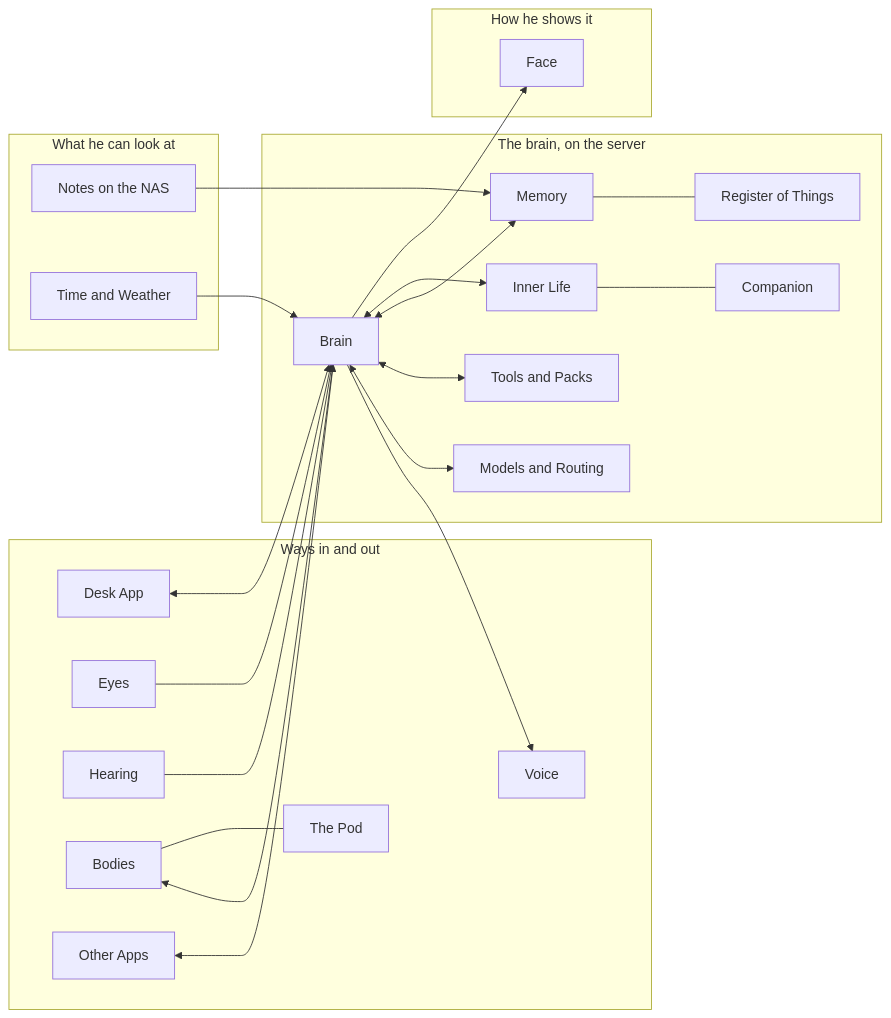
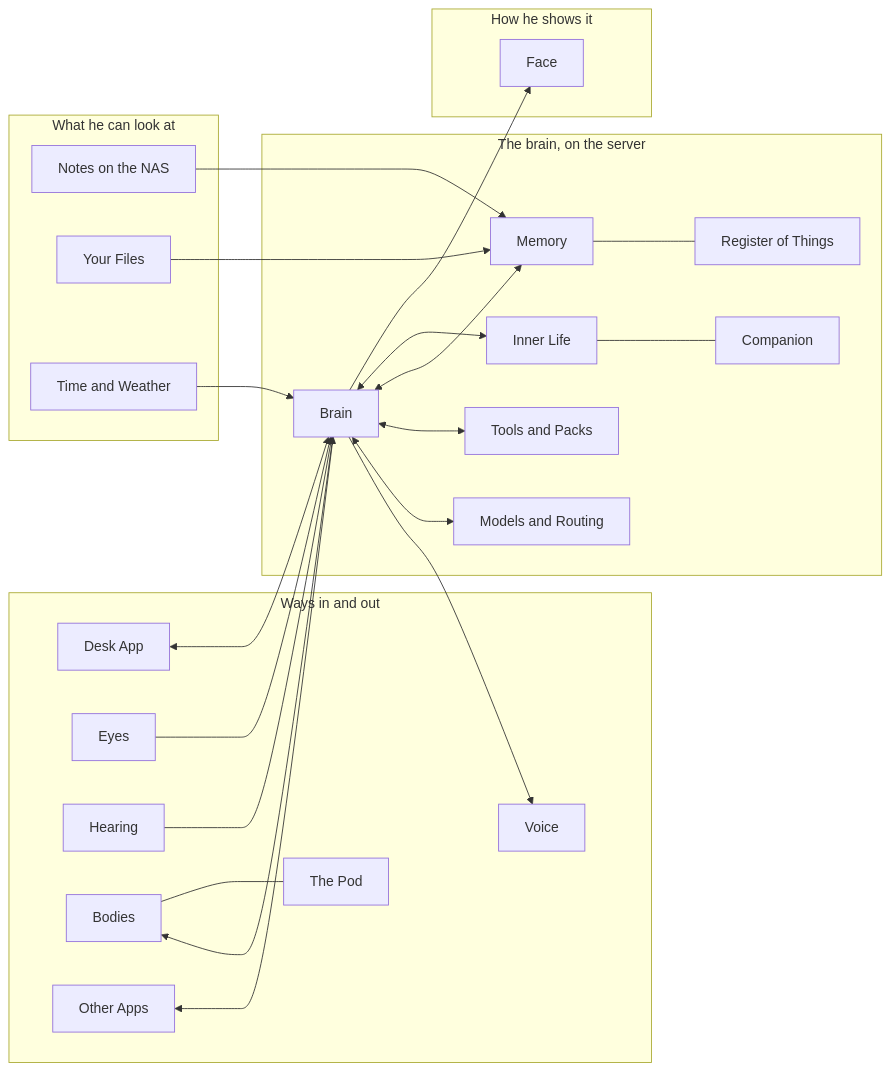
One commit to Senitage/Kit changed the diagram in docs/Home.md. Above: the diagram before and after it, drawn with Mermaid. The commit also changed other lines of this file and 32 other files, not shown here.

First line of the commit message:
Your files in Kit's memory (stage 4, part B1)

````diff
--- a/docs/Home.md
+++ b/docs/Home.md
@@ -41,45 +41,47 @@
 ```mermaid
 flowchart LR
     subgraph Ways["Ways in and out"]
         DeskApp["Desk App"]
         Eyes["Eyes"]
         Hearing["Hearing"]
         Voice["Voice"]
         Bodies["Bodies"]
         Pod["The Pod"]
         OtherApps["Other Apps"]
     end
     subgraph Mind["The brain, on the server"]
         Brain["Brain"]
         Routing["Models and Routing"]
         Memory["Memory"]
         Things["Register of Things"]
         Life["Inner Life"]
         Companion["Companion"]
         Tools["Tools and Packs"]
     end
     subgraph Show["How he shows it"]
         Face["Face"]
     end
     subgraph World["What he can look at"]
         Notes["Notes on the NAS"]
+        Files["Your Files"]
         Weather["Time and Weather"]
     end
     DeskApp <--> Brain
     Eyes --> Brain
     Hearing --> Brain
     Brain --> Voice
     OtherApps <--> Brain
     Bodies <--> Brain
     Bodies --- Pod
     Brain <--> Routing
     Brain <--> Tools
     Brain <--> Memory
     Memory --- Things
     Brain <--> Life
     Life --- Companion
     Brain --> Face
     Notes --> Memory
+    Files --> Memory
     Weather --> Brain
-    class DeskApp,Eyes,Hearing,Voice,Bodies,Pod,OtherApps,Brain,Routing,Memory,Things,Life,Companion,Tools,Face,Notes,Weather internal-link
+    class DeskApp,Eyes,Hearing,Voice,Bodies,Pod,OtherApps,Brain,Routing,Memory,Things,Life,Companion,Tools,Face,Notes,Files,Weather internal-link
 ```
````
